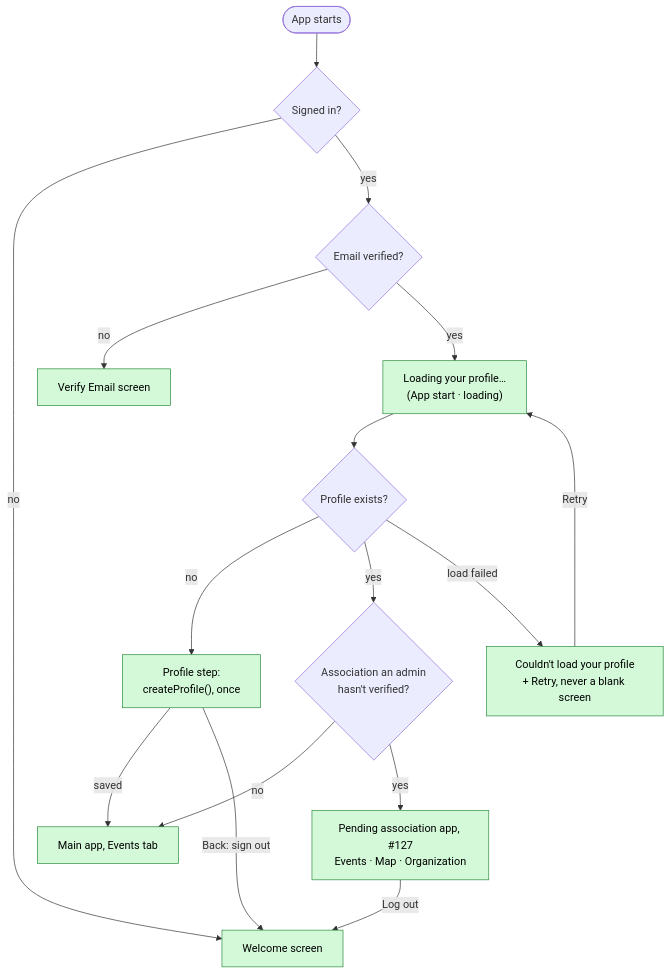
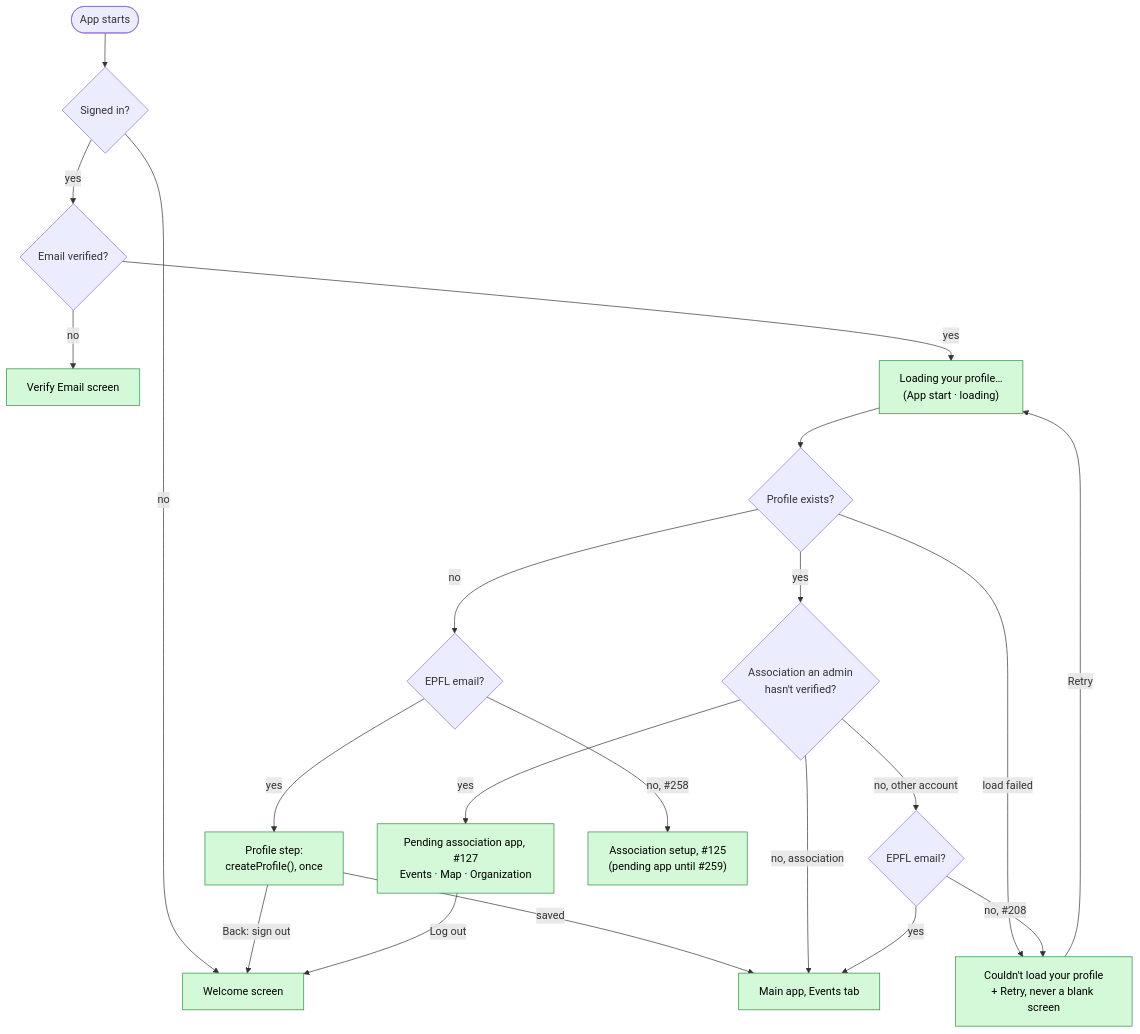
One commit to swent-polysocial/PolySocial changed the ninth of 12 diagrams in docs/Architecture-Diagram.md. Above: the diagram before and after it, drawn with Mermaid. The commit also changed other lines of this file and 1 other file, not shown here.

Commit message:
docs: record the association log in
The app start diagram gains the non-EPFL fail-closed branches and a
note on association log in; CONTEXT.md records the routing decision.

Refs #208

````diff
--- a/docs/Architecture-Diagram.md
+++ b/docs/Architecture-Diagram.md
@@ -304,19 +304,24 @@
 ```mermaid
 flowchart TD
   classDef s1 fill:#d3f9d8,stroke:#2b8a3e,color:#000
   start(["App starts"]) --> q1{"Signed in?"}
   q1 -- no --> welcome["Welcome screen"]:::s1
   q1 -- yes --> q2{"Email verified?"}
   q2 -- no --> verify["Verify Email screen"]:::s1
   q2 -- yes --> load["Loading your profile…<br/>(App start · loading)"]:::s1 --> q3{"Profile exists?"}
-  q3 -- no --> create["Profile step:<br/>createProfile(), once"]:::s1
+  q3 -- no --> q5{"EPFL email?"}
+  q5 -- yes --> create["Profile step:<br/>createProfile(), once"]:::s1
   main["Main app, Events tab"]:::s1
   create -- "saved" --> main
   create -- "Back: sign out" --> welcome
   q3 -- yes --> q4{"Association an admin<br/>hasn't verified?"}
-  q4 -- no --> main
+  q4 -- "no, association" --> main
+  q4 -- "no, other account" --> q6{"EPFL email?"}
+  q6 -- yes --> main
   q4 -- yes --> pending["Pending association app, #127<br/>Events · Map · Organization"]:::s1
   pending -- "Log out" --> welcome
   q3 -- "load failed" --> err["Couldn't load your profile<br/>+ Retry, never a blank screen"]:::s1
   err -- "Retry" --> load
+  q5 -- "no, #258" --> setup["Association setup, #125<br/>(pending app until #259)"]:::s1
+  q6 -- "no, #208" --> err
 ```
````
